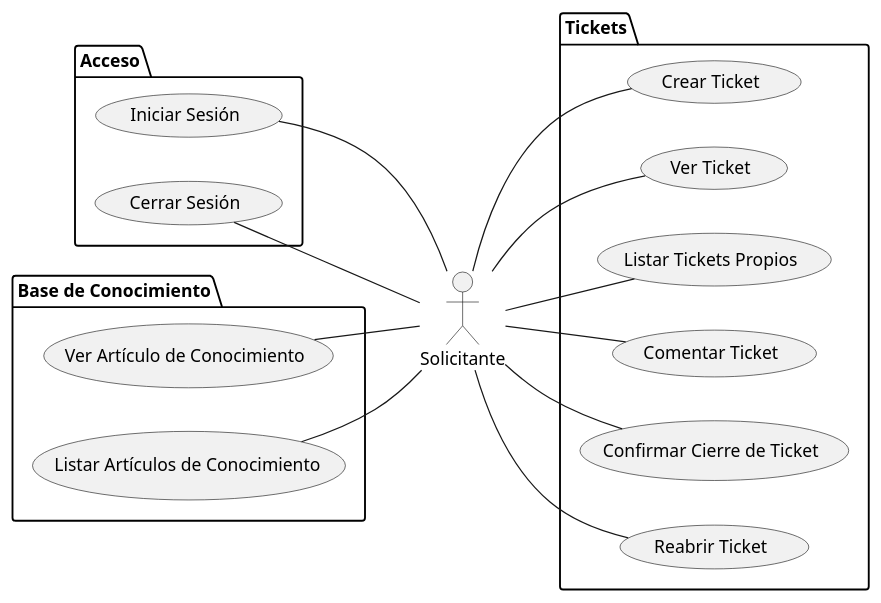
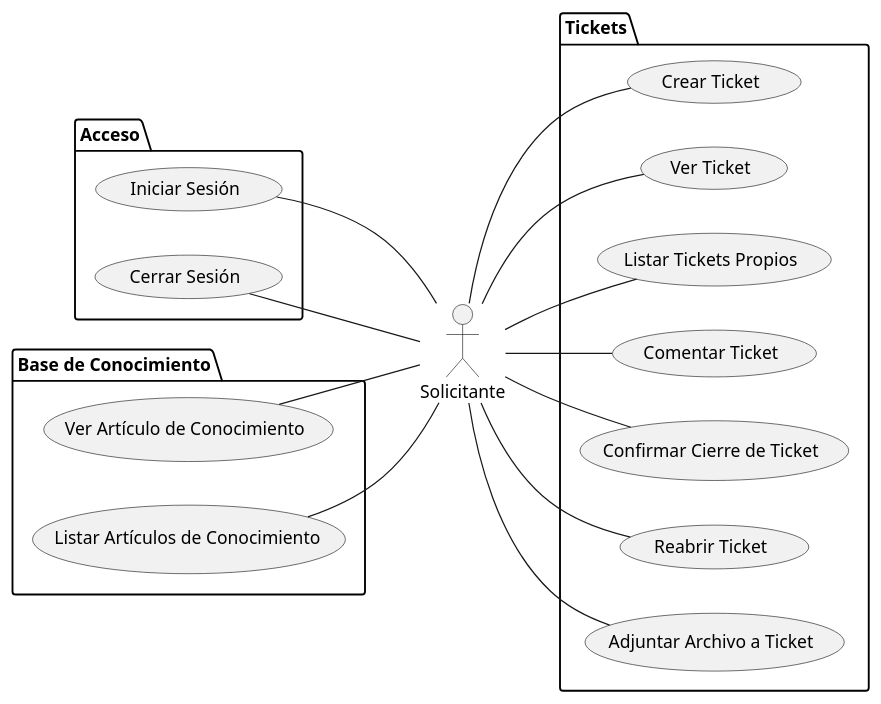
The diagram in puml/01-fase-inicio/casos-de-uso/actor-solicitante.puml (Dievex/01-HelpDesk), drawn with PlantUML before and after one commit. The commit also changed 4 other files, not shown here.

```diff
--- a/puml/01-fase-inicio/casos-de-uso/actor-solicitante.puml
+++ b/puml/01-fase-inicio/casos-de-uso/actor-solicitante.puml
@@ -1,39 +1,41 @@
 @startuml actor-solicitante
 left to right direction
 
 ' El orden del texto en la asociación controla el lado: "paquete -- Actor"
 ' lo deja a la izquierda; "Actor -- paquete" a la derecha.
 
 actor Solicitante
 
 package Acceso {
   usecase "Iniciar Sesión" as UC01
   usecase "Cerrar Sesión" as UC02
 }
 
 package "Base de Conocimiento" {
   usecase "Ver Artículo de Conocimiento" as UC09
   usecase "Listar Artículos de Conocimiento" as UC10
 }
 
 package Tickets {
   usecase "Crear Ticket" as UC03
   usecase "Ver Ticket" as UC04
   usecase "Listar Tickets Propios" as UC05
   usecase "Comentar Ticket" as UC06
   usecase "Confirmar Cierre de Ticket" as UC07
   usecase "Reabrir Ticket" as UC08
+  usecase "Adjuntar Archivo a Ticket" as UC42
 }
 
 UC01 -- Solicitante
 UC02 -- Solicitante
 UC09 -- Solicitante
 UC10 -- Solicitante
 
 Solicitante -- UC03
 Solicitante -- UC04
 Solicitante -- UC05
 Solicitante -- UC06
 Solicitante -- UC07
 Solicitante -- UC08
+Solicitante -- UC42
 @enduml
```
